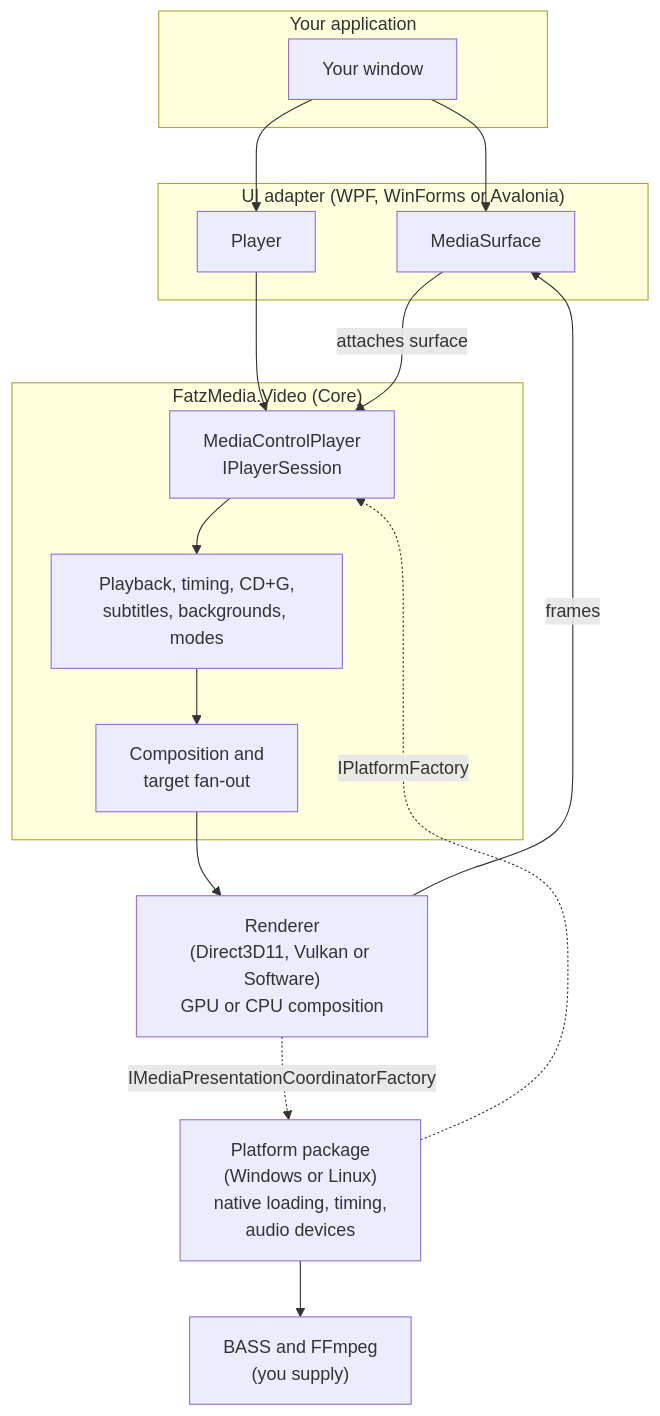
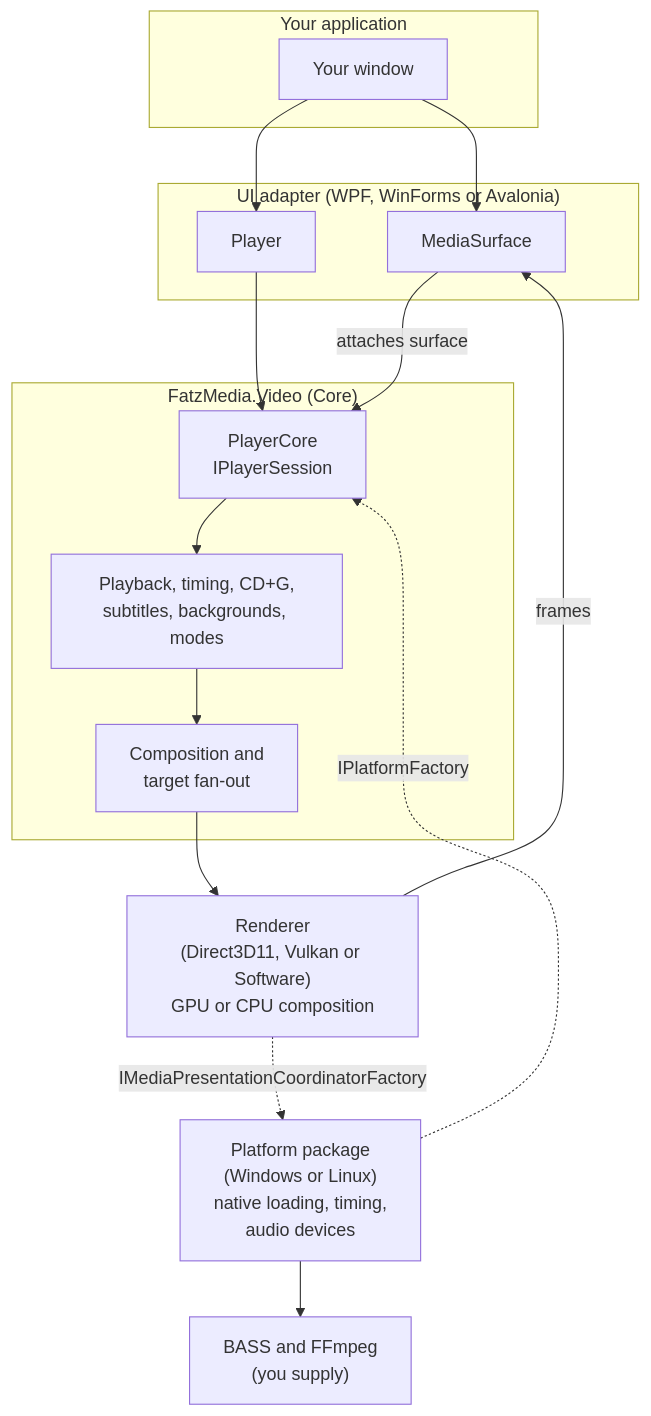
The diagram in Video/docs/site/articles/concepts/architecture.md (FatzBomb/FatzMedia), drawn with Mermaid before and after one commit. The commit also changed other lines of this file and 102 other files, not shown here.

First line of the commit message:
Video: MediaControlPlayer is now PlayerCore

````diff
--- a/Video/docs/site/articles/concepts/architecture.md
+++ b/Video/docs/site/articles/concepts/architecture.md
@@ -5,32 +5,32 @@
 ```mermaid
 flowchart TB
     subgraph Host["Your application"]
         UI["Your window"]
     end
 
     subgraph Adapter["UI adapter (WPF, WinForms or Avalonia)"]
         Surface["MediaSurface"]
         AdapterPlayer["Player"]
     end
 
     subgraph Core["FatzMedia.Video (Core)"]
-        Player["MediaControlPlayer<br/>IPlayerSession"]
+        Player["PlayerCore<br/>IPlayerSession"]
         Engine["Playback, timing, CD+G,<br/>subtitles, backgrounds, modes"]
         Compose["Composition and<br/>target fan-out"]
     end
 
     Platform["Platform package<br/>(Windows or Linux)<br/>native loading, timing,<br/>audio devices"]
     Renderer["Renderer<br/>(Direct3D11, Vulkan or Software)<br/>GPU or CPU composition"]
     Native["BASS and FFmpeg<br/>(you supply)"]
 
     UI --> Surface
     UI --> AdapterPlayer
     AdapterPlayer --> Player
     Surface -- "attaches surface" --> Player
     Player --> Engine --> Compose
     Platform -. "IPlatformFactory" .-> Player
     Renderer -. "IMediaPresentationCoordinatorFactory" .-> Platform
     Platform --> Native
     Compose --> Renderer
     Renderer -- "frames" --> Surface
 ```
````
